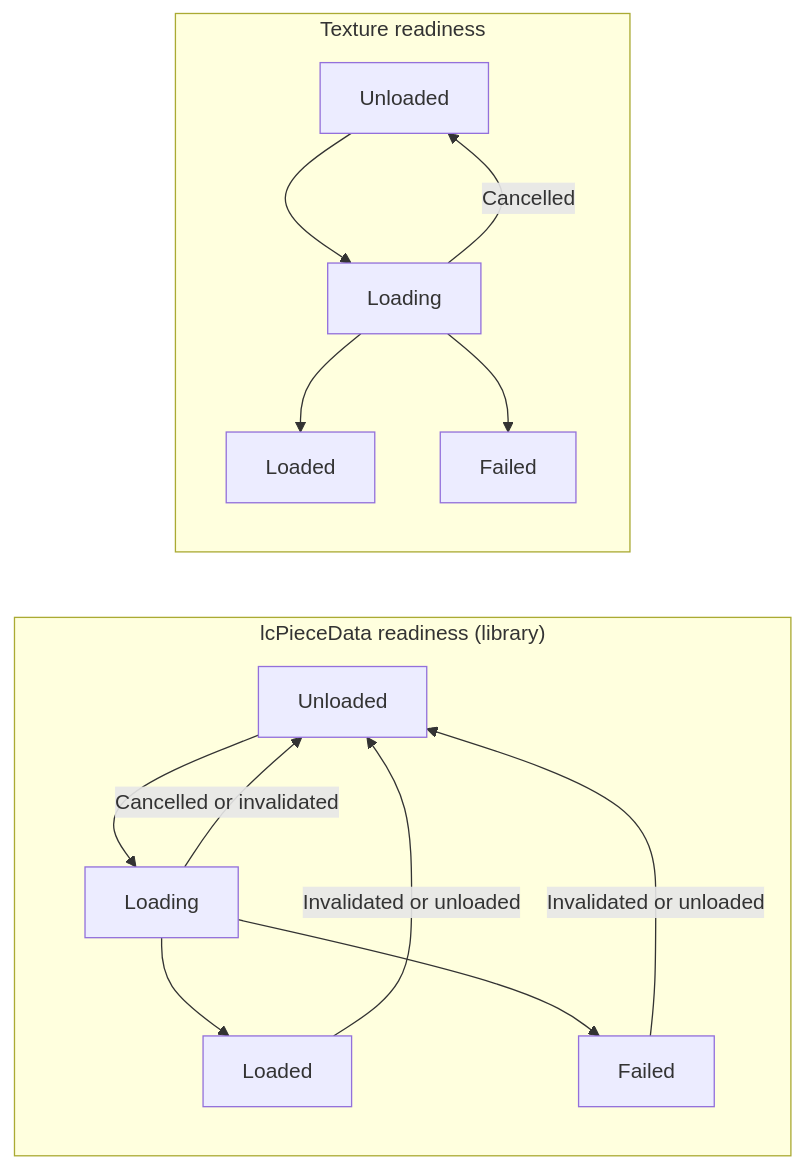
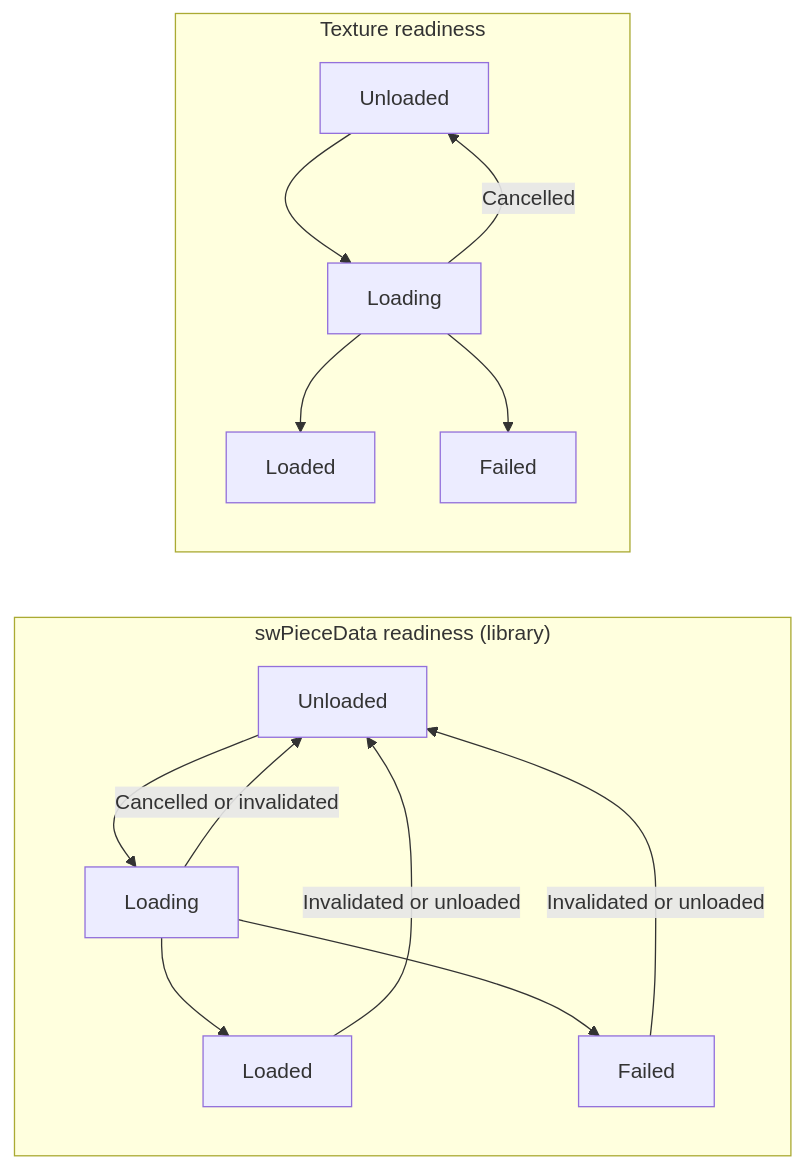
Before and after one commit to nathaneltitane/studworx: the first of 2 diagrams in docs/asset-loading.md, drawn with Mermaid. The commit also changed other lines of this file and 220 other files, not shown here.

````diff
--- a/docs/asset-loading.md
+++ b/docs/asset-loading.md
@@ -267,17 +267,17 @@
 ```mermaid
 flowchart LR
-    subgraph Part["lcPieceData readiness (library)"]
+    subgraph Part["swPieceData readiness (library)"]
         U[Unloaded] --> L[Loading]
         L --> R[Loaded]
         L --> F[Failed]
         L -->|Cancelled or invalidated| U
         R -->|Invalidated or unloaded| U
         F -->|Invalidated or unloaded| U
     end
     subgraph Texture["Texture readiness"]
         TU[Unloaded] --> TL[Loading]
         TL --> TR[Loaded]
         TL --> TF[Failed]
         TL -->|Cancelled| TU
     end
 ```
````
